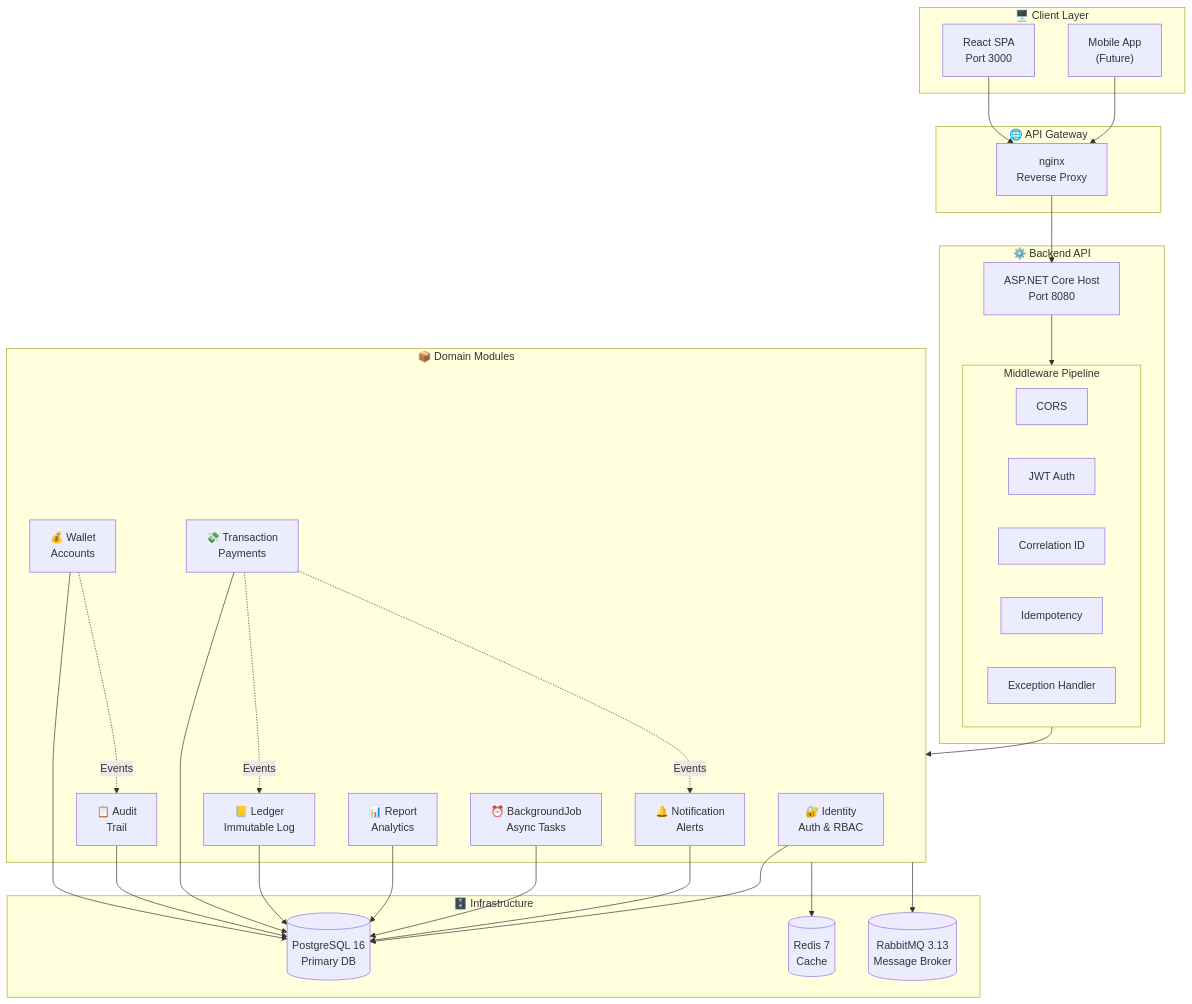
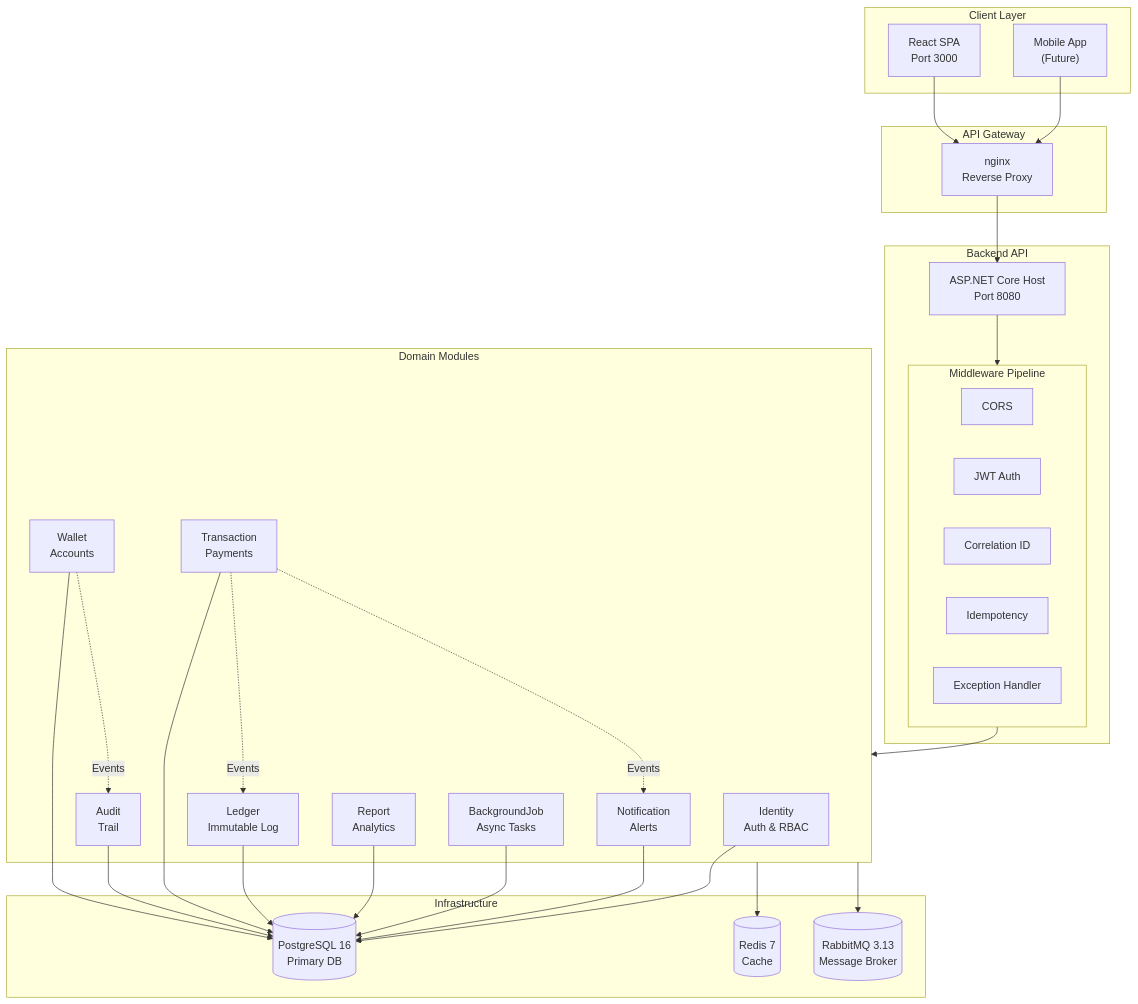
Before and after one commit to blanho/fintech-modular-platform: the first of 6 diagrams in README.md, drawn with Mermaid. The commit also changed other lines of this file, not shown here.

````diff
--- a/README.md
+++ b/README.md
@@ -15,62 +15,62 @@
 ```mermaid
 graph TB
-    subgraph Client["🖥️ Client Layer"]
+    subgraph Client["Client Layer"]
         Web["React SPA<br/>Port 3000"]
         Mobile["Mobile App<br/>(Future)"]
     end
 
-    subgraph Gateway["🌐 API Gateway"]
+    subgraph Gateway["API Gateway"]
         Nginx["nginx<br/>Reverse Proxy"]
     end
 
-    subgraph API["⚙️ Backend API"]
+    subgraph API["Backend API"]
         Host["ASP.NET Core Host<br/>Port 8080"]
         
         subgraph Middleware["Middleware Pipeline"]
             Cors["CORS"]
             Auth["JWT Auth"]
             Correlation["Correlation ID"]
             Idempotency["Idempotency"]
             Exception["Exception Handler"]
         end
     end
 
-    subgraph Modules["📦 Domain Modules"]
-        Identity["🔐 Identity<br/>Auth & RBAC"]
-        Wallet["💰 Wallet<br/>Accounts"]
-        Transaction["💸 Transaction<br/>Payments"]
-        Ledger["📒 Ledger<br/>Immutable Log"]
-        Notification["🔔 Notification<br/>Alerts"]
-        Audit["📋 Audit<br/>Trail"]
-        Report["📊 Report<br/>Analytics"]
-        BackgroundJob["⏰ BackgroundJob<br/>Async Tasks"]
+    subgraph Modules["Domain Modules"]
+        Identity["Identity<br/>Auth & RBAC"]
+        Wallet["Wallet<br/>Accounts"]
+        Transaction["Transaction<br/>Payments"]
+        Ledger["Ledger<br/>Immutable Log"]
+        Notification["Notification<br/>Alerts"]
+        Audit["Audit<br/>Trail"]
+        Report["Report<br/>Analytics"]
+        BackgroundJob["BackgroundJob<br/>Async Tasks"]
     end
 
-    subgraph Infrastructure["🗄️ Infrastructure"]
+    subgraph Infrastructure["Infrastructure"]
         Postgres[(PostgreSQL 16<br/>Primary DB)]
         Redis[(Redis 7<br/>Cache)]
         RabbitMQ[(RabbitMQ 3.13<br/>Message Broker)]
     end
 
     Web --> Nginx
     Mobile --> Nginx
     Nginx --> Host
     Host --> Middleware
     Middleware --> Modules
     
     Identity --> Postgres
     Wallet --> Postgres
     Transaction --> Postgres
     Ledger --> Postgres
     Notification --> Postgres
     Audit --> Postgres
     Report --> Postgres
     BackgroundJob --> Postgres
     
     Modules --> Redis
     Modules --> RabbitMQ
     
     Transaction -.->|Events| Ledger
     Transaction -.->|Events| Notification
     Wallet -.->|Events| Audit
 ```
````
